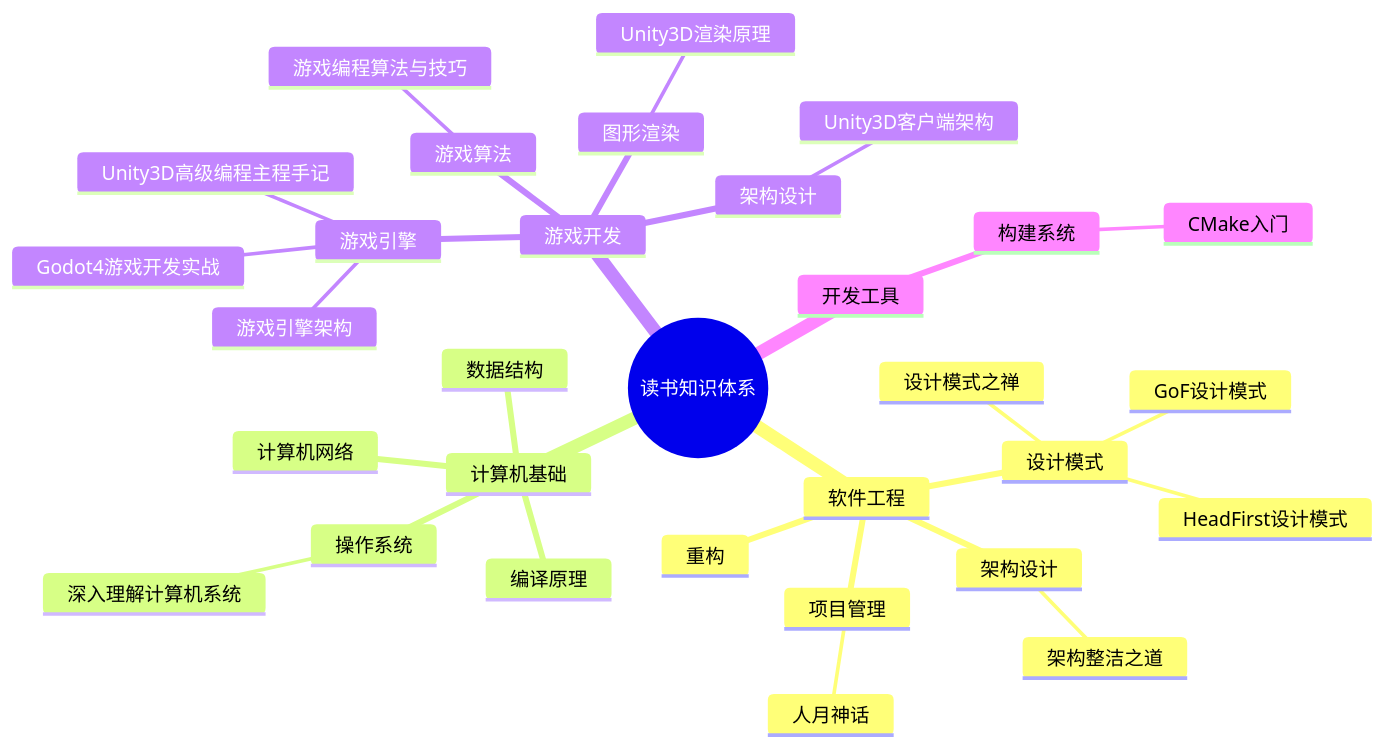
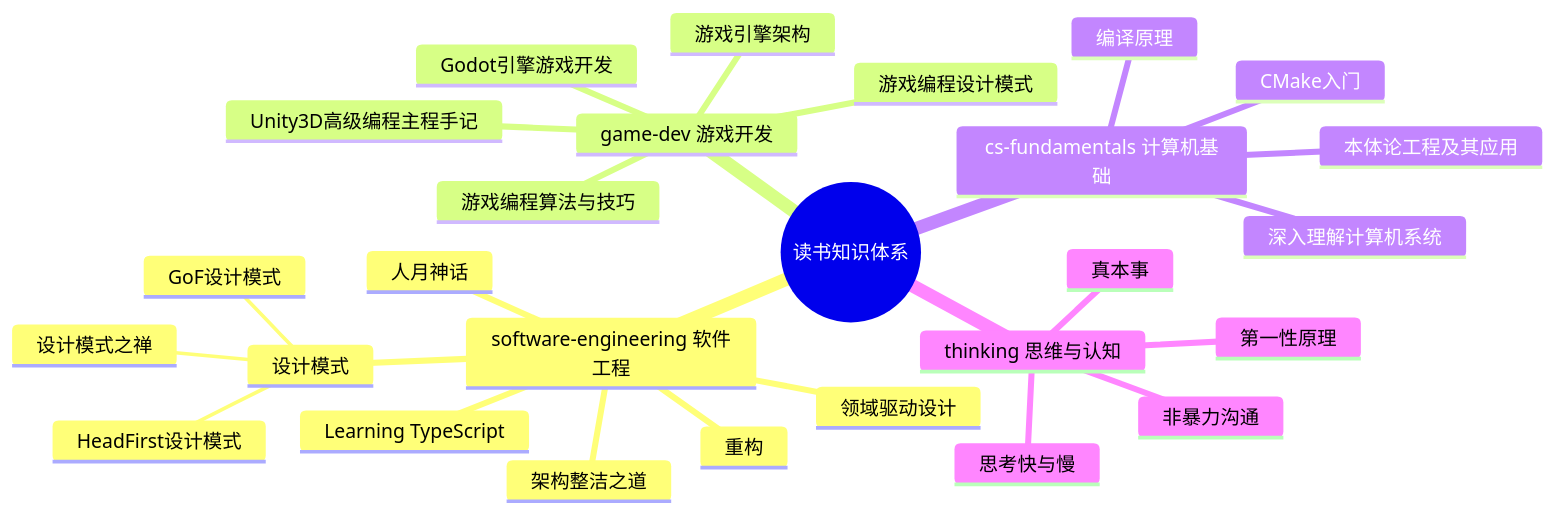
One commit to hongyesuifeng/readbooks changed the first of 2 diagrams in books/知识关联图谱.md. Above: the diagram before and after it, drawn with Mermaid. The commit also changed other lines of this file and 50 other files, not shown here.

````diff
--- a/books/知识关联图谱.md
+++ b/books/知识关联图谱.md
@@ -9,34 +9,30 @@
 ```mermaid
 mindmap
   root((读书知识体系))
-    软件工程
+    software-engineering 软件工程
       设计模式
         GoF设计模式
         HeadFirst设计模式
         设计模式之禅
       重构
-      架构设计
-        架构整洁之道
-      项目管理
-        人月神话
-    计算机基础
+      架构整洁之道
+      领域驱动设计
+      人月神话
+      Learning TypeScript
+    game-dev 游戏开发
+      游戏引擎架构
+      游戏编程设计模式
+      游戏编程算法与技巧
+      Godot引擎游戏开发
+      Unity3D高级编程主程手记
+    cs-fundamentals 计算机基础
       编译原理
-      操作系统
-        深入理解计算机系统
-      计算机网络
-      数据结构
-    游戏开发
-      游戏引擎
-        游戏引擎架构
-        Unity3D高级编程主程手记
-        Godot4游戏开发实战
-      游戏算法
-        游戏编程算法与技巧
-      图形渲染
-        Unity3D渲染原理
-      架构设计
-        Unity3D客户端架构
-    开发工具
-      构建系统
-        CMake入门
+      深入理解计算机系统
+      本体论工程及其应用
+      CMake入门
+    thinking 思维与认知
+      第一性原理
+      思考快与慢
+      真本事
+      非暴力沟通
 ```
````
